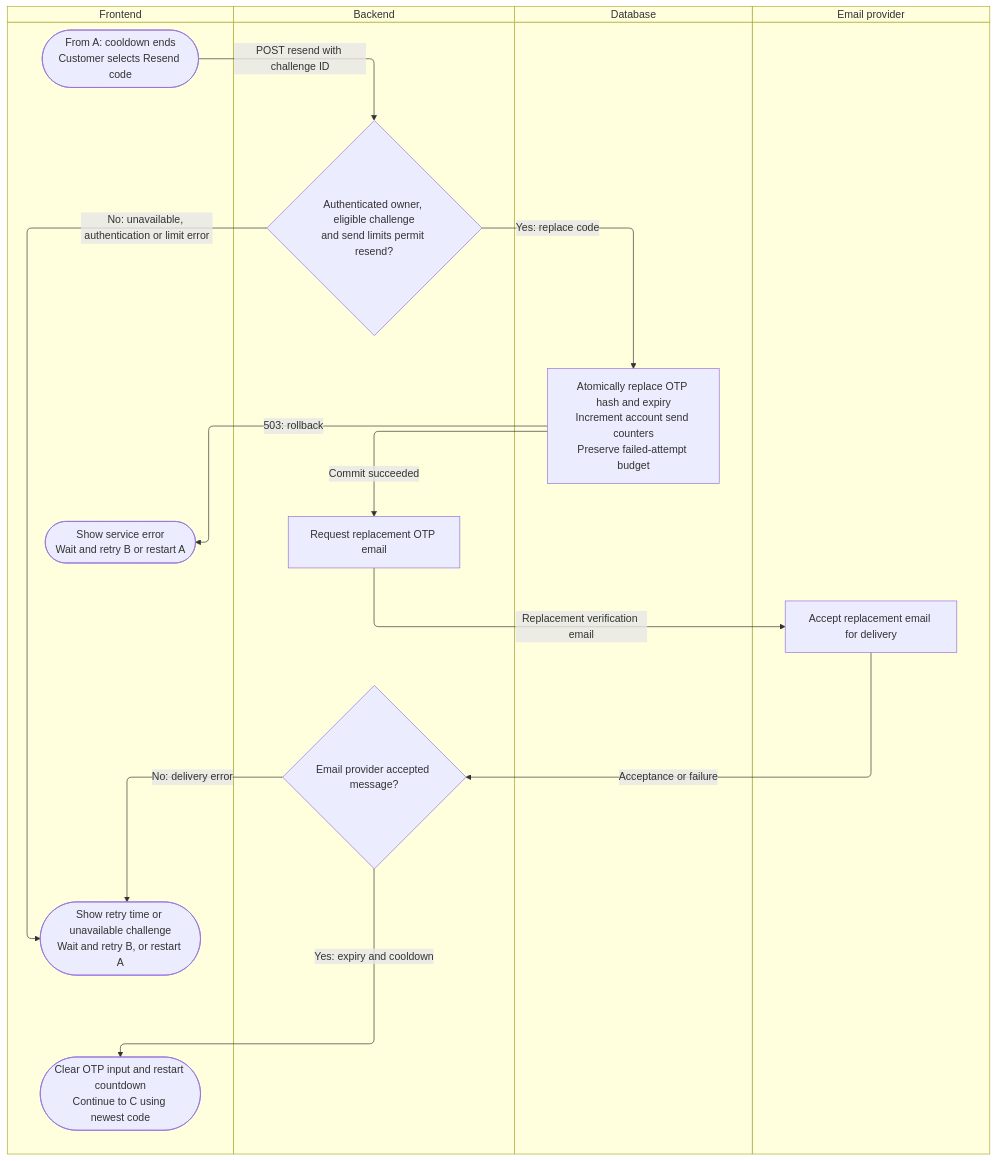
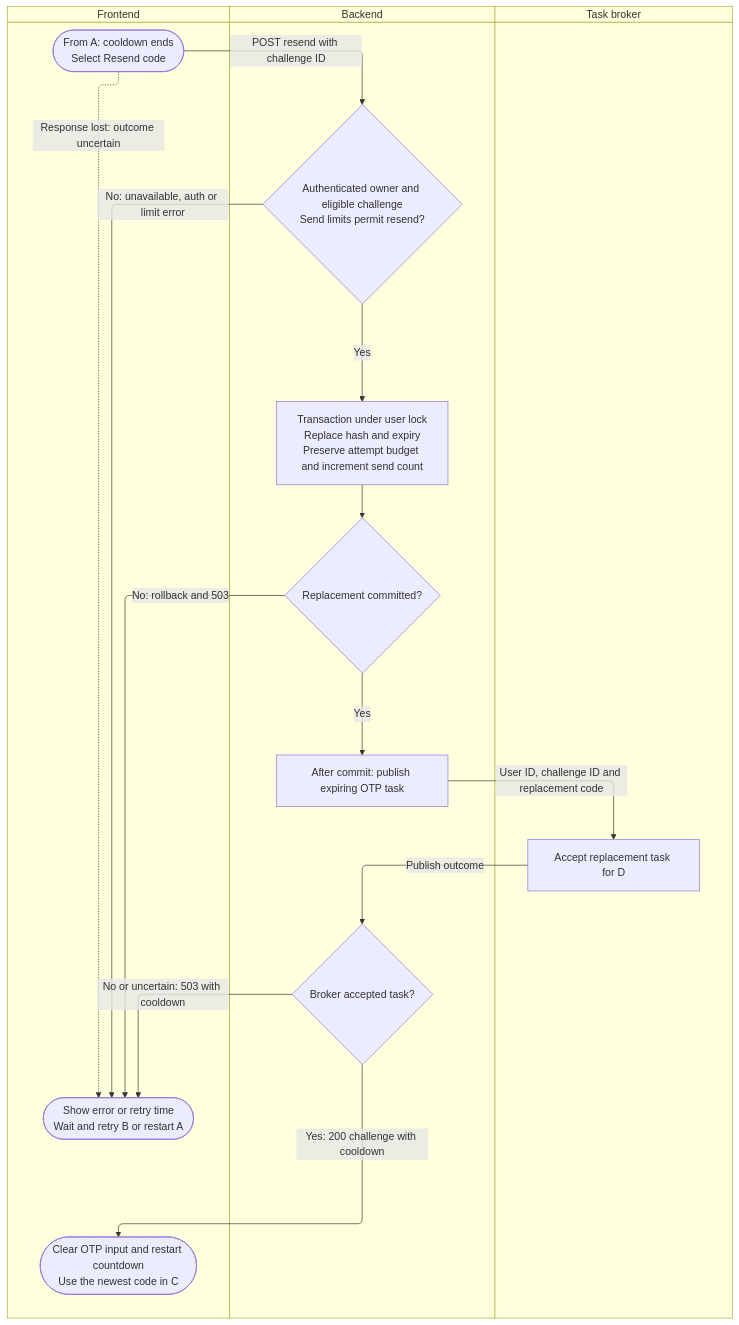
One commit to RHILIUS/E-Commerce-Docs changed the second of 5 diagrams in diagrams/specific-business-processes/account/change-password.md. Above: the diagram before and after it, drawn with Mermaid. The commit also changed other lines of this file and 1 other file, not shown here.

Commit message:
ERD: update change password documentation to include Celery OTP delivery and clarify email notification handling

````diff
--- a/diagrams/specific-business-processes/account/change-password.md
+++ b/diagrams/specific-business-processes/account/change-password.md
@@ -59,29 +56,28 @@
 ```mermaid
 swimlane-beta TB
     subgraph B_UI["Frontend"]
-        B_start(["From A: cooldown ends<br/>Customer selects Resend code"])
-        B_db_error(["Show service error<br/>Wait and retry B or restart A"])
-        B_error(["Show retry time or unavailable challenge<br/>Wait and retry B, or restart A"])
-        B_ready(["Clear OTP input and restart countdown<br/>Continue to C using newest code"])
+        B_start(["From A: cooldown ends<br/>Select Resend code"])
+        B_error(["Show error or retry time<br/>Wait and retry B or restart A"])
+        B_ready(["Clear OTP input and restart countdown<br/>Use the newest code in C"])
     end
     subgraph B_API["Backend"]
-        B_guard{"Authenticated owner, eligible challenge<br/>and send limits permit resend?"}
-        B_send["Request replacement OTP email"]
-        B_result{"Email provider accepted message?"}
+        B_guard{"Authenticated owner and eligible challenge<br/>Send limits permit resend?"}
+        B_save["Transaction under user lock<br/>Replace hash and expiry<br/>Preserve attempt budget and increment send count"]
+        B_commit{"Replacement committed?"}
+        B_queue["After commit: publish expiring OTP task"]
+        B_result{"Broker accepted task?"}
     end
-    subgraph B_DB["Database"]
-        B_replace["Atomically replace OTP hash and expiry<br/>Increment account send counters<br/>Preserve failed-attempt budget"]
-    end
-    subgraph B_MAIL["Email provider"]
-        B_mail["Accept replacement email for delivery"]
+    subgraph B_BROKER["Task broker"]
+        B_accept["Accept replacement task for D"]
     end
     B_start -->|POST resend with challenge ID| B_guard
-    B_guard -->|No: unavailable, authentication or limit error| B_error
-    B_guard -->|Yes: replace code| B_replace
-    B_replace -->|Commit succeeded| B_send
-    B_replace -->|503: rollback| B_db_error
-    B_send -->|Replacement verification email| B_mail
-    B_mail -->|Acceptance or failure| B_result
-    B_result -->|No: delivery error| B_error
-    B_result -->|Yes: expiry and cooldown| B_ready
+    B_start -.->|Response lost: outcome uncertain| B_error
+    B_guard -->|No: unavailable, auth or limit error| B_error
+    B_guard -->|Yes| B_save --> B_commit
+    B_commit -->|No: rollback and 503| B_error
+    B_commit -->|Yes| B_queue
+    B_queue -->|User ID, challenge ID and replacement code| B_accept
+    B_accept -->|Publish outcome| B_result
+    B_result -->|No or uncertain: 503 with cooldown| B_error
+    B_result -->|Yes: 200 challenge with cooldown| B_ready
 ```
````
